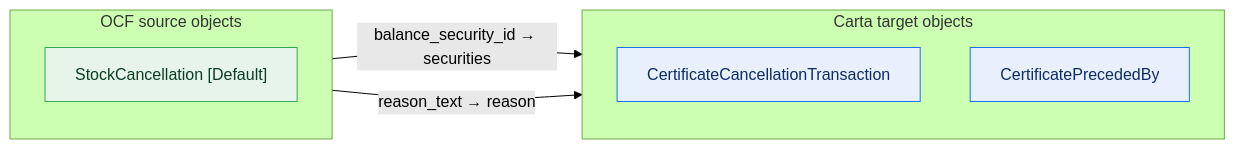
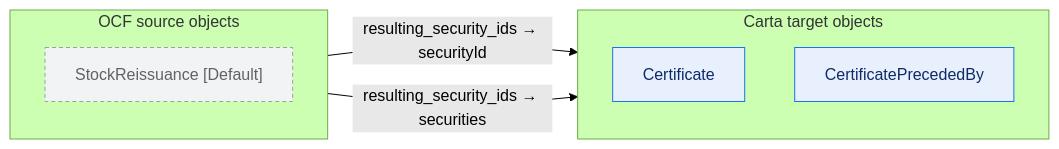
One commit to Open-Cap-Table-Coalition/OCF-Composed-Schemas changed diagram 18 of 35 in docs/core-lossy-inventory.md. Above: the diagram before and after it, drawn with Mermaid (forest theme). The commit also changed other lines of this file and 33 other files, not shown here.

````diff
--- a/docs/core-lossy-inventory.md
+++ b/docs/core-lossy-inventory.md
@@ -130,18 +403,18 @@
 ```mermaid
 flowchart LR
   classDef adm fill:#e6f4ea,stroke:#34a853,color:#0b3d20;
   classDef notadm fill:#f1f3f4,stroke:#9aa0a6,color:#5f6368,stroke-dasharray:4 3;
   classDef carta fill:#e8f0fe,stroke:#1a73e8,color:#0d2b66;
   classDef sink fill:#fce8e6,stroke:#d93025,color:#5c0d06;
   subgraph SRC["OCF source objects"]
     direction TB
-    o0["StockCancellation [Default]"]:::adm
+    o0["StockReissuance [Default]"]:::notadm
   end
   subgraph TGT["Carta target objects"]
     direction TB
-    t0["CertificateCancellationTransaction"]:::carta
+    t0["Certificate"]:::carta
     t1["CertificatePrecededBy"]:::carta
   end
-  o0 -->|"balance_security_id → securities"| t1
-  o0 -->|"reason_text → reason"| t0
+  o0 -->|"resulting_security_ids → securityId"| t0
+  o0 -->|"resulting_security_ids → securities"| t1
 ```
````
